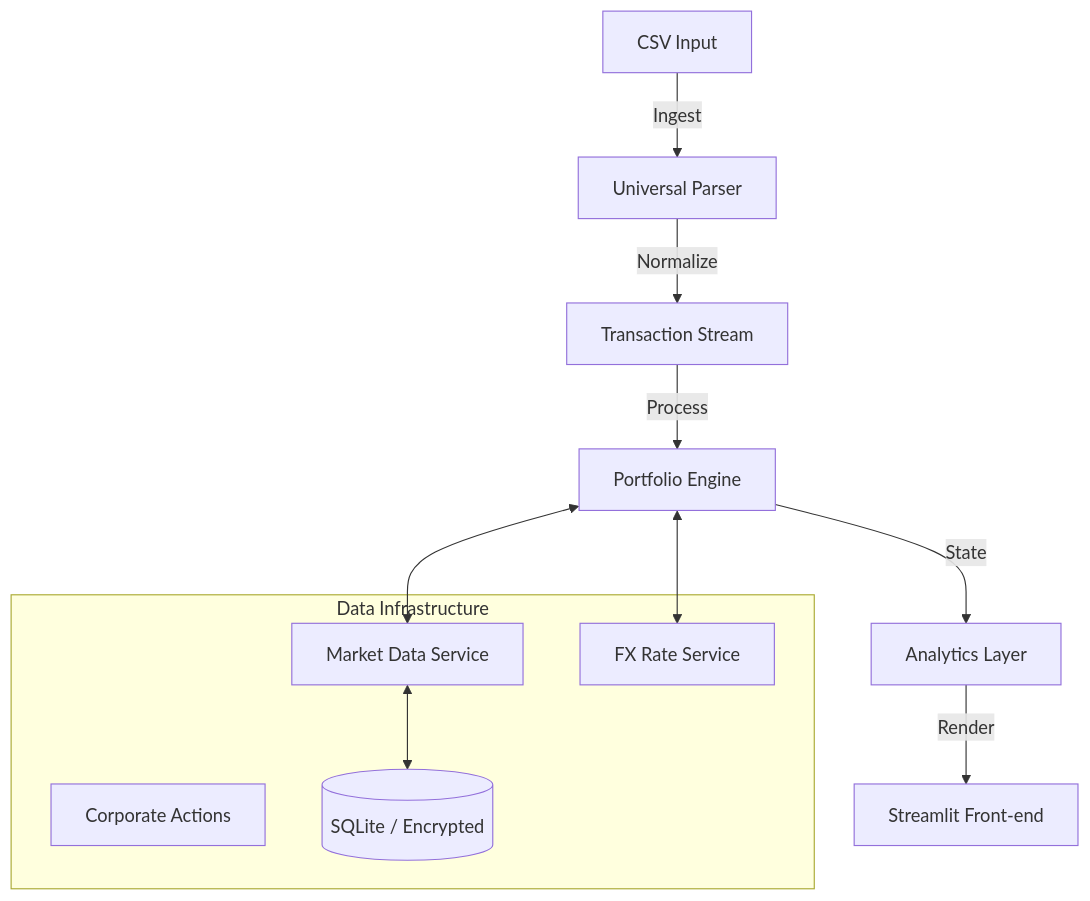
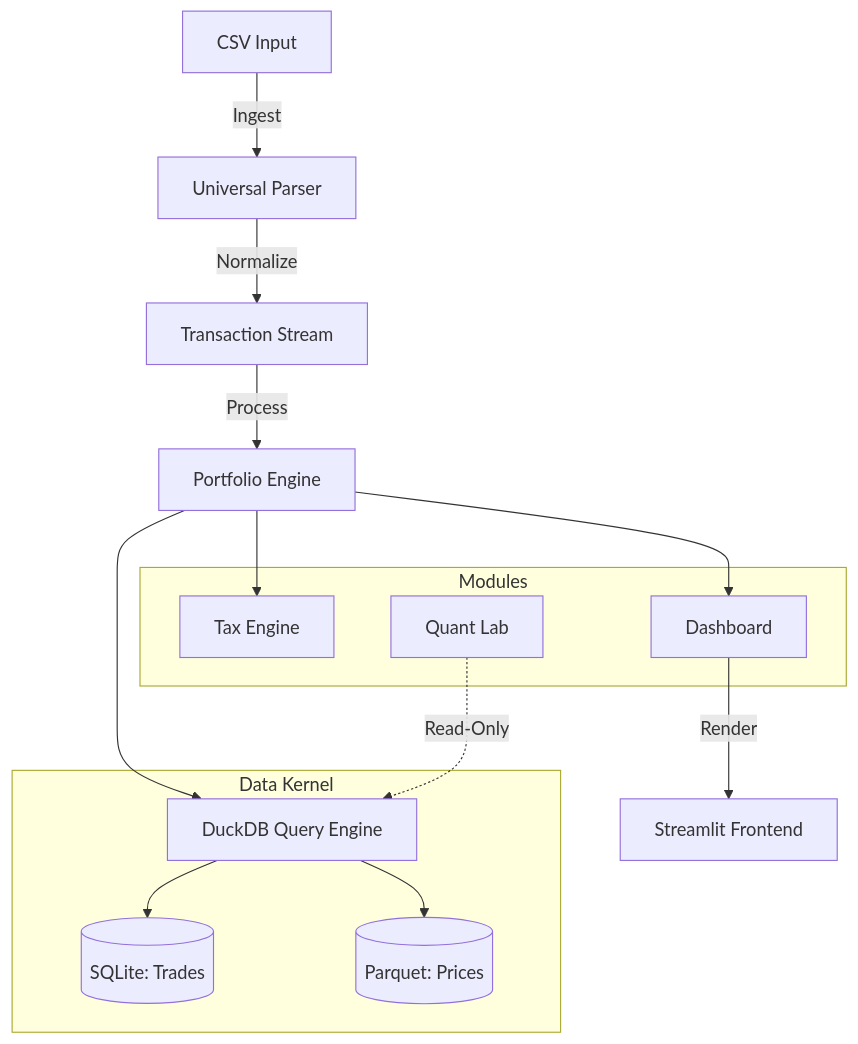
Before and after one commit to EGZX/PortfolioViewer: the diagram in README.md, drawn with Mermaid. The commit also changed other lines of this file and 18 other files, not shown here.

Commit message:
Add core kernel modules, modular structure, and property-based tests

````diff
--- a/README.md
+++ b/README.md
@@ -104,20 +167,27 @@
 ```mermaid
 graph TD
     User[CSV Input] -->|Ingest| Parser[Universal Parser]
     Parser -->|Normalize| Stream[Transaction Stream]
     Stream -->|Process| Engine[Portfolio Engine]
     
-    subgraph "Data Infrastructure"
-        Market[Market Data Service]
-        FX[FX Rate Service]
-        Actions[Corporate Actions]
-        Cache[(SQLite / Encrypted)]
+    subgraph "Data Kernel"
+        DB[DuckDB Query Engine]
+        SQLite[(SQLite: Trades)]
+        Parquet[(Parquet: Prices)]
+        DB --> SQLite
+        DB --> Parquet
     end
     
-    Market <--> Cache
-    Engine <--> Market
-    Engine <--> FX
+    subgraph "Modules"
+        Tax[Tax Engine]
+        Viewer[Dashboard]
+        Quant[Quant Lab]
+    end
     
-    Engine -->|State| Analytics[Analytics Layer]
-    Analytics -->|Render| UI[Streamlit Front-end]
+    Engine --> DB
+    Engine --> Tax
+    Engine --> Viewer
+    Quant -.Read-Only.-> DB
+    
+    Viewer -->|Render| UI[Streamlit Frontend]
 ```
````
